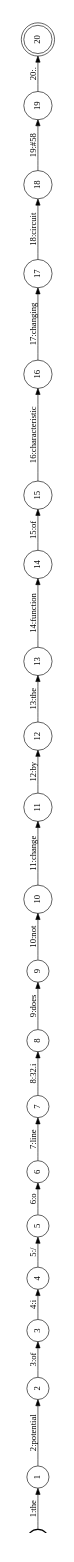
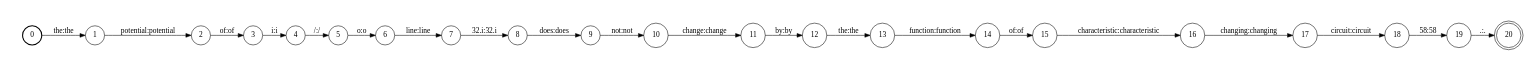
The diagram in out/task1/dev.en.3.dot (pepijnkokke/UvA-MT2-PBT), drawn with Graphviz before and after one commit. The commit also changed 74 other files, not shown here.

```diff
--- a/out/task1/dev.en.3.dot
+++ b/out/task1/dev.en.3.dot
@@ -1,50 +1,50 @@
 digraph FST {
 rankdir = LR;
 size = "8.5,11";
 label = "";
 center = 1;
-orientation = Landscape;
+orientation = Portrait;
 ranksep = "0.4";
 nodesep = "0.25";
 0 [label = "0", shape = circle, style = bold, fontsize = 14]
-	0 -> 1 [label = "1:the", fontsize = 14];
+	0 -> 1 [label = "the:the", fontsize = 14];
 1 [label = "1", shape = circle, style = solid, fontsize = 14]
-	1 -> 2 [label = "2:potential", fontsize = 14];
+	1 -> 2 [label = "potential:potential", fontsize = 14];
 2 [label = "2", shape = circle, style = solid, fontsize = 14]
-	2 -> 3 [label = "3:of", fontsize = 14];
+	2 -> 3 [label = "of:of", fontsize = 14];
 3 [label = "3", shape = circle, style = solid, fontsize = 14]
-	3 -> 4 [label = "4:i", fontsize = 14];
+	3 -> 4 [label = "i:i", fontsize = 14];
 4 [label = "4", shape = circle, style = solid, fontsize = 14]
-	4 -> 5 [label = "5:/", fontsize = 14];
+	4 -> 5 [label = "/:/", fontsize = 14];
 5 [label = "5", shape = circle, style = solid, fontsize = 14]
-	5 -> 6 [label = "6:o", fontsize = 14];
+	5 -> 6 [label = "o:o", fontsize = 14];
 6 [label = "6", shape = circle, style = solid, fontsize = 14]
-	6 -> 7 [label = "7:line", fontsize = 14];
+	6 -> 7 [label = "line:line", fontsize = 14];
 7 [label = "7", shape = circle, style = solid, fontsize = 14]
-	7 -> 8 [label = "8:32.i", fontsize = 14];
+	7 -> 8 [label = "32.i:32.i", fontsize = 14];
 8 [label = "8", shape = circle, style = solid, fontsize = 14]
-	8 -> 9 [label = "9:does", fontsize = 14];
+	8 -> 9 [label = "does:does", fontsize = 14];
 9 [label = "9", shape = circle, style = solid, fontsize = 14]
-	9 -> 10 [label = "10:not", fontsize = 14];
+	9 -> 10 [label = "not:not", fontsize = 14];
 10 [label = "10", shape = circle, style = solid, fontsize = 14]
-	10 -> 11 [label = "11:change", fontsize = 14];
+	10 -> 11 [label = "change:change", fontsize = 14];
 11 [label = "11", shape = circle, style = solid, fontsize = 14]
-	11 -> 12 [label = "12:by", fontsize = 14];
+	11 -> 12 [label = "by:by", fontsize = 14];
 12 [label = "12", shape = circle, style = solid, fontsize = 14]
-	12 -> 13 [label = "13:the", fontsize = 14];
+	12 -> 13 [label = "the:the", fontsize = 14];
 13 [label = "13", shape = circle, style = solid, fontsize = 14]
-	13 -> 14 [label = "14:function", fontsize = 14];
+	13 -> 14 [label = "function:function", fontsize = 14];
 14 [label = "14", shape = circle, style = solid, fontsize = 14]
-	14 -> 15 [label = "15:of", fontsize = 14];
+	14 -> 15 [label = "of:of", fontsize = 14];
 15 [label = "15", shape = circle, style = solid, fontsize = 14]
-	15 -> 16 [label = "16:characteristic", fontsize = 14];
+	15 -> 16 [label = "characteristic:characteristic", fontsize = 14];
 16 [label = "16", shape = circle, style = solid, fontsize = 14]
-	16 -> 17 [label = "17:changing", fontsize = 14];
+	16 -> 17 [label = "changing:changing", fontsize = 14];
 17 [label = "17", shape = circle, style = solid, fontsize = 14]
-	17 -> 18 [label = "18:circuit", fontsize = 14];
+	17 -> 18 [label = "circuit:circuit", fontsize = 14];
 18 [label = "18", shape = circle, style = solid, fontsize = 14]
-	18 -> 19 [label = "19:#58", fontsize = 14];
+	18 -> 19 [label = "58:58", fontsize = 14];
 19 [label = "19", shape = circle, style = solid, fontsize = 14]
-	19 -> 20 [label = "20:.", fontsize = 14];
+	19 -> 20 [label = ".:.", fontsize = 14];
 20 [label = "20", shape = doublecircle, style = solid, fontsize = 14]
 }
```
